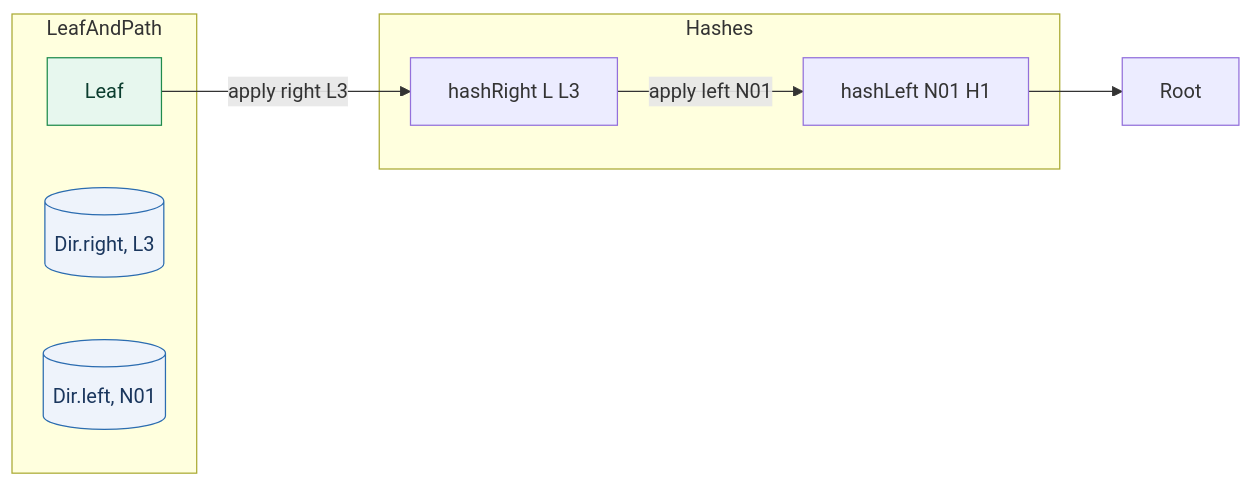
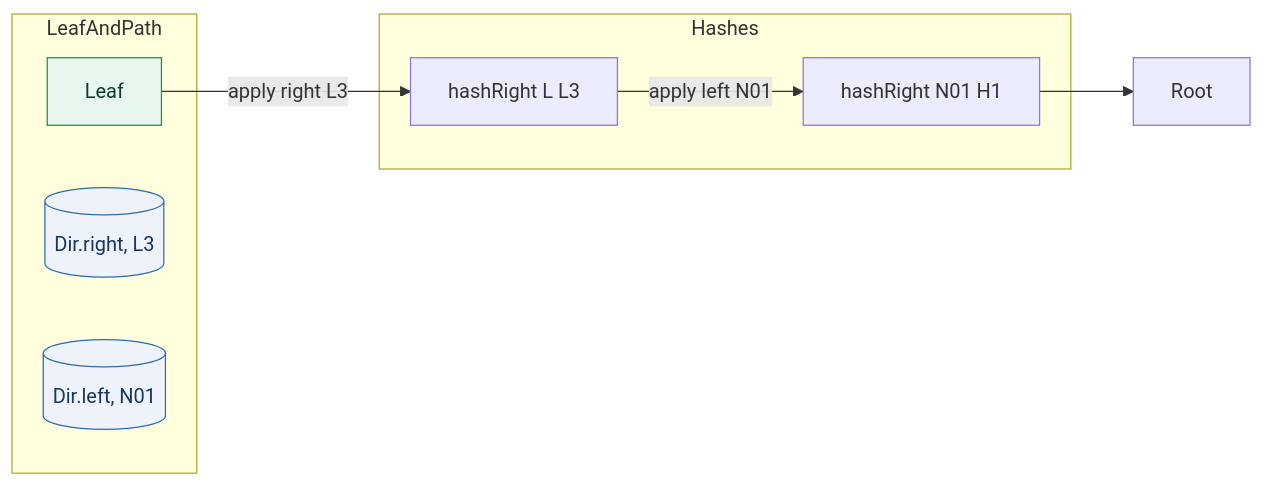
One commit to ChainsQueenEth/lean4-merkle changed the diagram in docs/merkle-fold.md. Above: the diagram before and after it, drawn with Mermaid. The commit also changed other lines of this file and 1 other file, not shown here.

Commit message:
docs: clarify merkle tree hashing uses hashRight for both left/right steps

````diff
--- a/docs/merkle-fold.md
+++ b/docs/merkle-fold.md
@@ -5,23 +5,23 @@
 ```mermaid
 flowchart LR
   subgraph LeafAndPath
     L[Leaf]
     P1[(Dir.right, L3)]
     P2[(Dir.left, N01)]
   end
 
   subgraph Hashes
     H1[hashRight L L3]
-    H2[hashLeft N01 H1]
+    H2[hashRight N01 H1]
   end
 
   %% Split edges and avoid parentheses in labels (Mermaid parser quirk)
   L -->|apply right L3| H1
   H1 -->|apply left N01| H2
   H2 --> R[Root]
 
   classDef good fill:#e7f7ee,stroke:#1f8b4c,color:#0b3d2e
   classDef step fill:#eef3fb,stroke:#2b6cb0,color:#1a365d
   class L good
   class P1,P2 step
 ```
````
